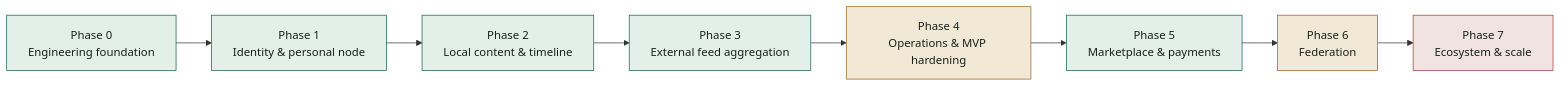
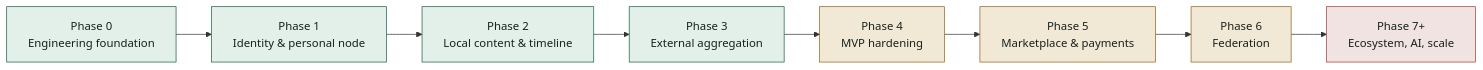
The first of 2 diagrams in documentation/PROGRESS-REPORT.en.md (kukuhtw/fpdp), drawn with Mermaid before and after one commit. The commit also changed other lines of this file and 1 other file, not shown here.

````diff
--- a/documentation/PROGRESS-REPORT.en.md
+++ b/documentation/PROGRESS-REPORT.en.md
@@ -22,17 +21,17 @@
 ```mermaid
 flowchart LR
     P0["Phase 0<br/>Engineering foundation"] --> P1["Phase 1<br/>Identity & personal node"]
     P1 --> P2["Phase 2<br/>Local content & timeline"]
-    P2 --> P3["Phase 3<br/>External feed aggregation"]
-    P3 --> P4["Phase 4<br/>Operations & MVP hardening"]
+    P2 --> P3["Phase 3<br/>External aggregation"]
+    P3 --> P4["Phase 4<br/>MVP hardening"]
     P4 --> P5["Phase 5<br/>Marketplace & payments"]
     P5 --> P6["Phase 6<br/>Federation"]
-    P6 --> P7["Phase 7<br/>Ecosystem & scale"]
+    P6 --> P7["Phase 7+<br/>Ecosystem, AI, scale"]
 
     classDef done fill:#e3efe9,stroke:#185f48,color:#17211b;
     classDef partial fill:#f2e8d6,stroke:#93631e,color:#17211b;
-    classDef todo fill:#f1e3e1,stroke:#a13d37,color:#17211b;
-    class P0,P1,P2,P3,P5 done;
-    class P4,P6 partial;
-    class P7 todo;
+    classDef planned fill:#f1e3e1,stroke:#a13d37,color:#17211b;
+    class P0,P1,P2,P3 done;
+    class P4,P5,P6 partial;
+    class P7 planned;
 ```
````
